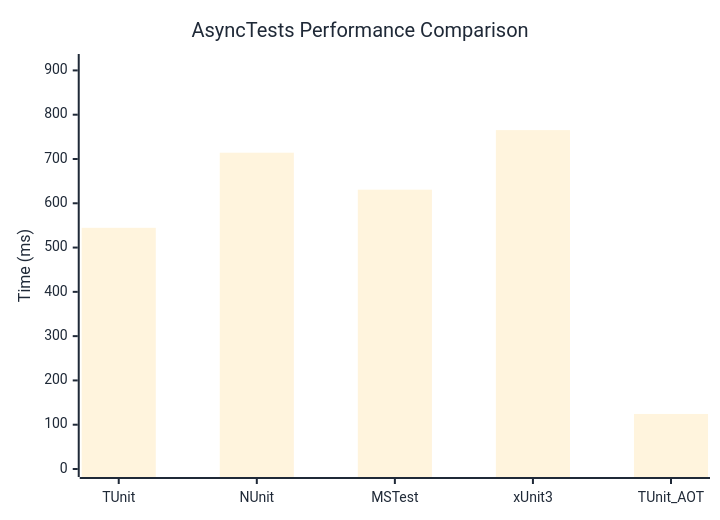
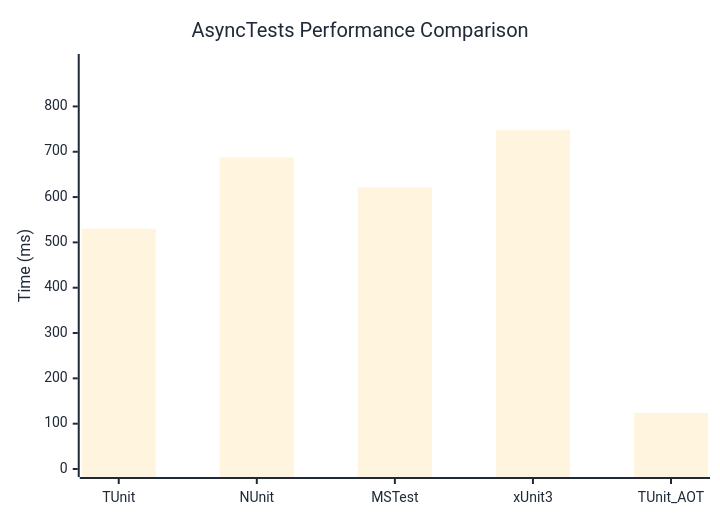
Before and after one commit to thomhurst/TUnit: the diagram in docs/docs/benchmarks/AsyncTests.md, drawn with Mermaid. The commit also changed other lines of this file and 17 other files, not shown here.

````diff
--- a/docs/docs/benchmarks/AsyncTests.md
+++ b/docs/docs/benchmarks/AsyncTests.md
@@ -27,37 +27,37 @@
 ```mermaid
 %%{init: {
   'theme':'base',
   'themeVariables': {
     'primaryColor': '#2563eb',
     'primaryTextColor': '#1f2937',
     'primaryBorderColor': '#1e40af',
     'lineColor': '#6b7280',
     'secondaryColor': '#7c3aed',
     'tertiaryColor': '#dc2626',
     'background': '#ffffff',
     'mainBkg': '#2563eb',
     'secondBkg': '#7c3aed',
     'tertiaryBkg': '#dc2626',
     'clusterBkg': '#f3f4f6',
     'edgeLabelBackground': '#ffffff',
     'tertiaryTextColor': '#1f2937',
     'pie1': '#2563eb',
     'pie2': '#7c3aed',
     'pie3': '#dc2626',
     'pie4': '#f59e0b',
     'pie5': '#10b981',
     'pie6': '#06b6d4',
     'pie7': '#ec4899',
     'pie8': '#6366f1',
     'pie9': '#84cc16',
     'pie10': '#f97316',
     'pie11': '#14b8a6',
     'pie12': '#a855f7'
   }
 }}%%
 xychart-beta
   title "AsyncTests Performance Comparison"
   x-axis ["TUnit", "NUnit", "MSTest", "xUnit3", "TUnit_AOT"]
-  y-axis "Time (ms)" 0 --> 919
-  bar [544.6, 714.2, 630.7, 765.2, 124.3]
+  y-axis "Time (ms)" 0 --> 898
+  bar [530.1, 687.4, 621.4, 747.7, 123.4]
 ```
````
